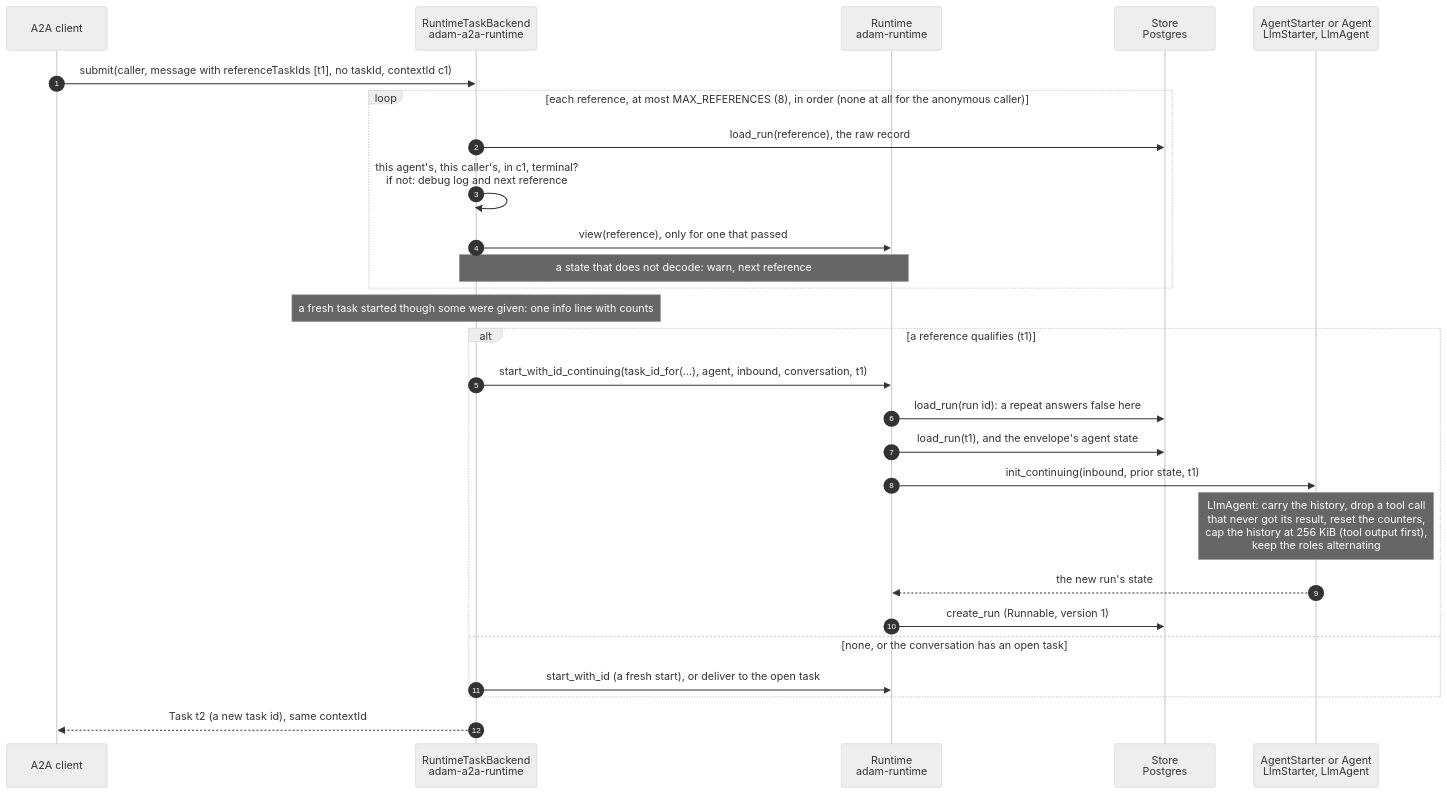
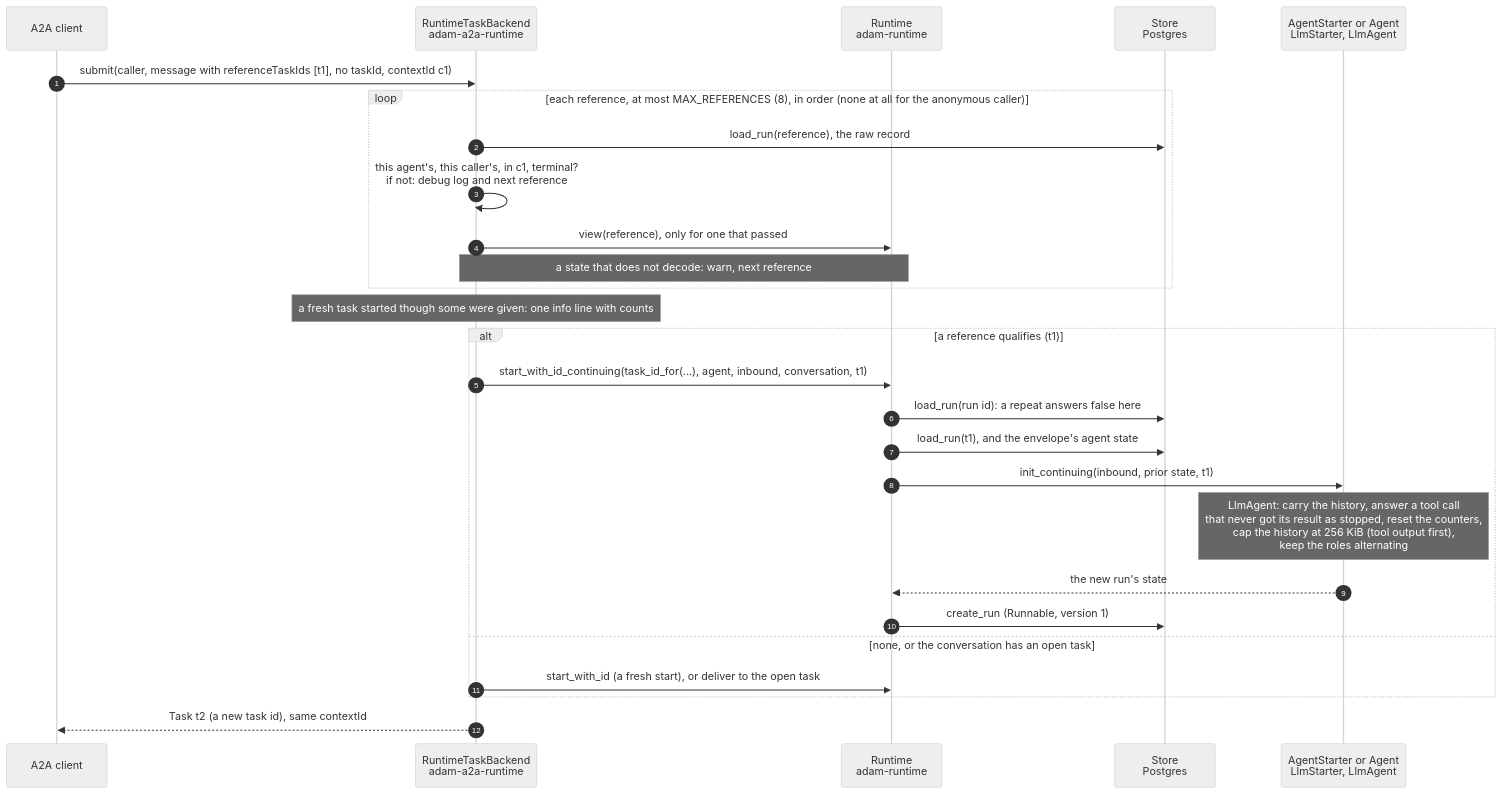
Before and after one commit to vymalo/another-adam-rs: the tenth of 31 diagrams in docs/architecture.md, drawn with Mermaid (neutral theme). The commit also changed other lines of this file and 4 other files, not shown here.

````diff
--- a/docs/architecture.md
+++ b/docs/architecture.md
@@ -913,30 +913,30 @@
 ```mermaid
 sequenceDiagram
     autonumber
     participant C as A2A client
     participant B as RuntimeTaskBackend<br/>adam-a2a-runtime
     participant R as Runtime<br/>adam-runtime
     participant DB as Store<br/>Postgres
     participant A as AgentStarter or Agent<br/>LlmStarter, LlmAgent
 
     C->>B: submit(caller, message with referenceTaskIds [t1], no taskId, contextId c1)
     loop each reference, at most MAX_REFERENCES (8), in order (none at all for the anonymous caller)
         B->>DB: load_run(reference), the raw record
         B->>B: this agent's, this caller's, in c1, terminal?<br/>if not: debug log and next reference
         B->>R: view(reference), only for one that passed
         Note over B,R: a state that does not decode: warn, next reference
     end
     Note over B: a fresh task started though some were given: one info line with counts
     alt a reference qualifies (t1)
         B->>R: start_with_id_continuing(task_id_for(...), agent, inbound, conversation, t1)
         R->>DB: load_run(run id): a repeat answers false here
         R->>DB: load_run(t1), and the envelope's agent state
         R->>A: init_continuing(inbound, prior state, t1)
-        Note over A: LlmAgent: carry the history, drop a tool call<br/>that never got its result, reset the counters,<br/>cap the history at 256 KiB (tool output first),<br/>keep the roles alternating
+        Note over A: LlmAgent: carry the history, answer a tool call<br/>that never got its result as stopped, reset the counters,<br/>cap the history at 256 KiB (tool output first),<br/>keep the roles alternating
         A-->>R: the new run's state
         R->>DB: create_run (Runnable, version 1)
     else none, or the conversation has an open task
         B->>R: start_with_id (a fresh start), or deliver to the open task
     end
     B-->>C: Task t2 (a new task id), same contextId
 ```
````
